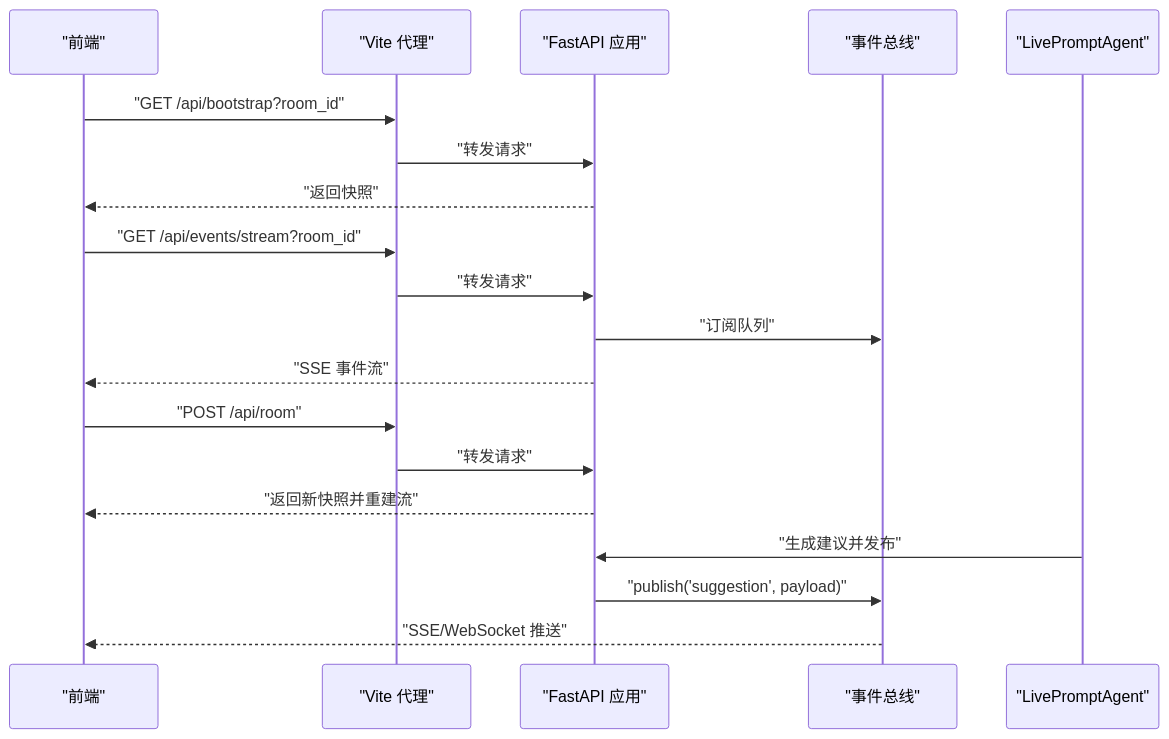
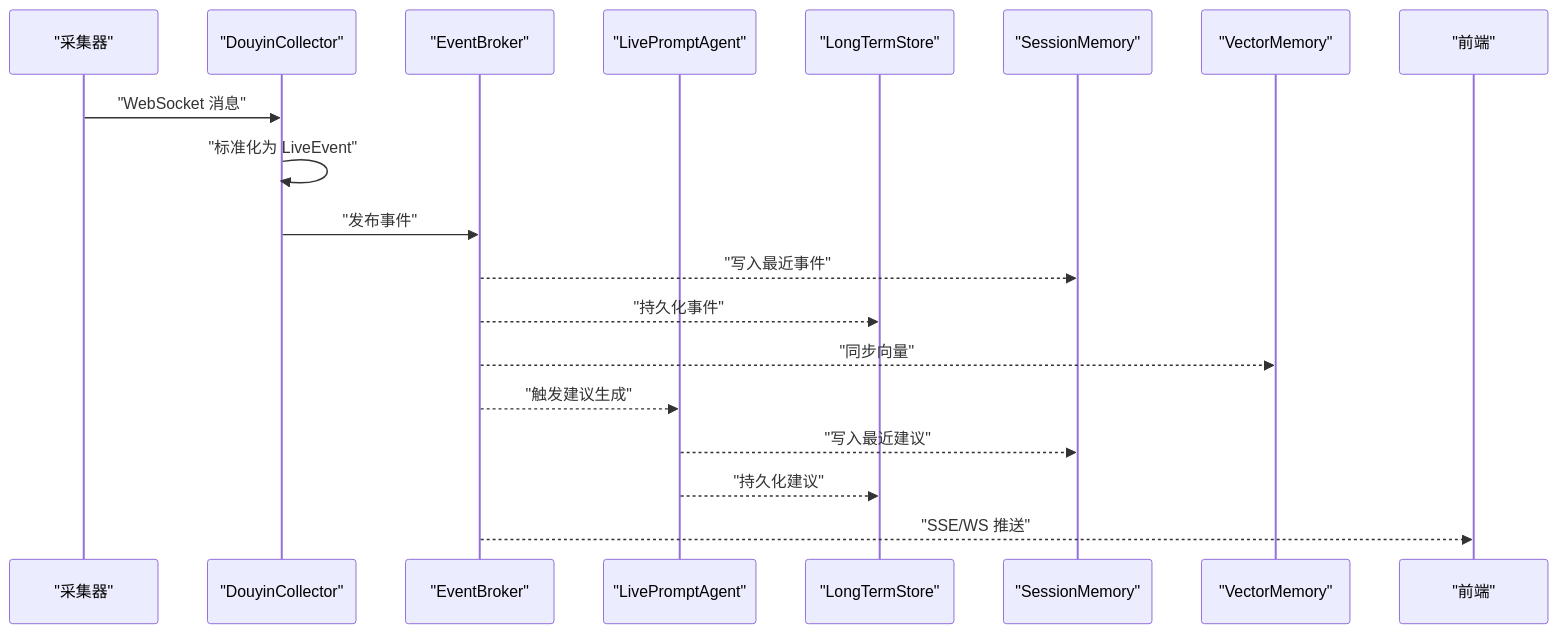
The third of 5 diagrams in .qoder/repowiki/zh/content/开发指南/开发指南.md (Moon-Force/DouYin_llm), drawn with Mermaid before and after one commit. The commit also changed other lines of this file and 218 other files, not shown here.

````diff
--- a/.qoder/repowiki/zh/content/开发指南/开发指南.md
+++ b/.qoder/repowiki/zh/content/开发指南/开发指南.md
@@ -184,21 +143,21 @@
 ```mermaid
 sequenceDiagram
-participant FE as "前端"
-participant VITE as "Vite 代理"
-participant API as "FastAPI 应用"
-participant BROKER as "事件总线"
-participant AG as "LivePromptAgent"
-FE->>VITE : "GET /api/bootstrap?room_id"
-VITE->>API : "转发请求"
-API-->>FE : "返回快照"
-FE->>VITE : "GET /api/events/stream?room_id"
-VITE->>API : "转发请求"
-API->>BROKER : "订阅队列"
-API-->>FE : "SSE 事件流"
-FE->>VITE : "POST /api/room"
-VITE->>API : "转发请求"
-API-->>FE : "返回新快照并重建流"
-AG->>API : "生成建议并发布"
-API->>BROKER : "publish('suggestion', payload)"
-BROKER-->>FE : "SSE/WebSocket 推送"
+participant Tool as "采集器"
+participant Collector as "DouyinCollector"
+participant Broker as "EventBroker"
+participant Agent as "LivePromptAgent"
+participant Store as "LongTermStore"
+participant Mem as "SessionMemory"
+participant Vec as "VectorMemory"
+participant Front as "前端"
+Tool->>Collector : "WebSocket 消息"
+Collector->>Collector : "标准化为 LiveEvent"
+Collector->>Broker : "发布事件"
+Broker-->>Mem : "写入最近事件"
+Broker-->>Store : "持久化事件"
+Broker-->>Vec : "同步向量"
+Broker-->>Agent : "触发建议生成"
+Agent-->>Mem : "写入最近建议"
+Agent-->>Store : "持久化建议"
+Broker-->>Front : "SSE/WS 推送"
 ```
````
